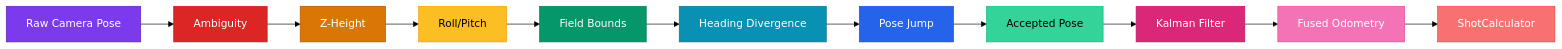
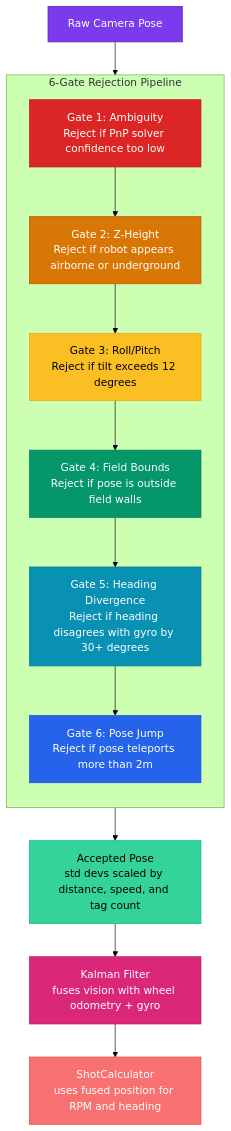
One commit to eeveemara/frc5962-2026-docs changed the diagram in docs/architecture/vision-system.md. Above: the diagram before and after it, drawn with Mermaid (forest theme). The commit also changed 5 other files, not shown here.

Commit message:
chart clean up

````diff
--- a/docs/architecture/vision-system.md
+++ b/docs/architecture/vision-system.md
@@ -32,25 +32,33 @@
 ```mermaid
-flowchart LR
-    RAW[Raw Camera Pose] --> G1[Ambiguity]
-    G1 --> G2[Z-Height]
-    G2 --> G3[Roll/Pitch]
-    G3 --> G4[Field Bounds]
-    G4 --> G5[Heading Divergence]
-    G5 --> G6[Pose Jump]
-    G6 --> ACC[Accepted Pose]
-    ACC --> KF[Kalman Filter]
-    KF --> ODO[Fused Odometry]
-    ODO --> SC[ShotCalculator]
+flowchart TB
+    RAW[Raw Camera Pose]
+
+    subgraph GATES ["6-Gate Rejection Pipeline"]
+        direction TB
+        G1[Gate 1: Ambiguity\nReject if PnP solver confidence too low]
+        G2[Gate 2: Z-Height\nReject if robot appears airborne or underground]
+        G3[Gate 3: Roll/Pitch\nReject if tilt exceeds 12 degrees]
+        G4[Gate 4: Field Bounds\nReject if pose is outside field walls]
+        G5[Gate 5: Heading Divergence\nReject if heading disagrees with gyro by 30+ degrees]
+        G6[Gate 6: Pose Jump\nReject if pose teleports more than 2m]
+        G1 --> G2 --> G3 --> G4 --> G5 --> G6
+    end
+
+    ACC[Accepted Pose\nstd devs scaled by distance, speed, and tag count]
+    KF[Kalman Filter\nfuses vision with wheel odometry + gyro]
+    SC[ShotCalculator\nuses fused position for RPM and heading]
+
+    RAW --> G1
+    G6 --> ACC --> KF --> SC
 
     style RAW fill:#7c3aed,stroke:#5b21b6,color:#fff
     style G1 fill:#dc2626,stroke:#b91c1c,color:#fff
     style G2 fill:#d97706,stroke:#b45309,color:#fff
     style G3 fill:#fbbf24,stroke:#f59e0b,color:#000
     style G4 fill:#059669,stroke:#047857,color:#fff
     style G5 fill:#0891b2,stroke:#0e7490,color:#fff
     style G6 fill:#2563eb,stroke:#1d4ed8,color:#fff
     style ACC fill:#34d399,stroke:#10b981,color:#000
     style KF fill:#db2777,stroke:#be185d,color:#fff
-    style ODO fill:#f472b6,stroke:#ec4899,color:#fff
     style SC fill:#f87171,stroke:#ef4444,color:#fff
 ```
````
